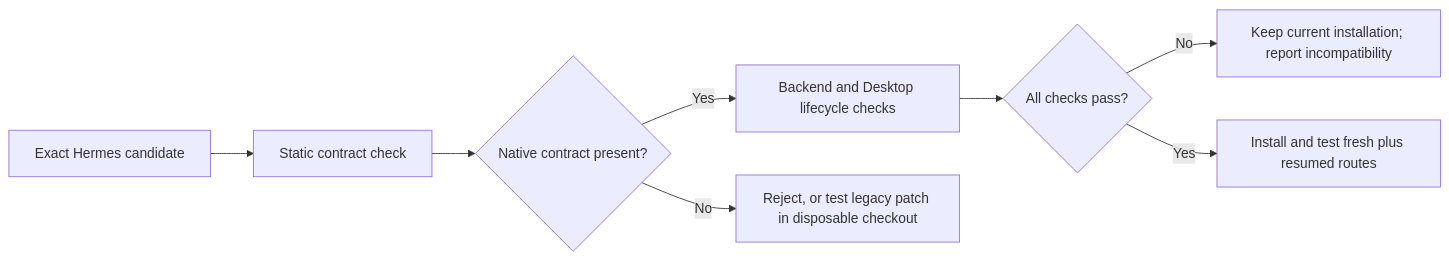
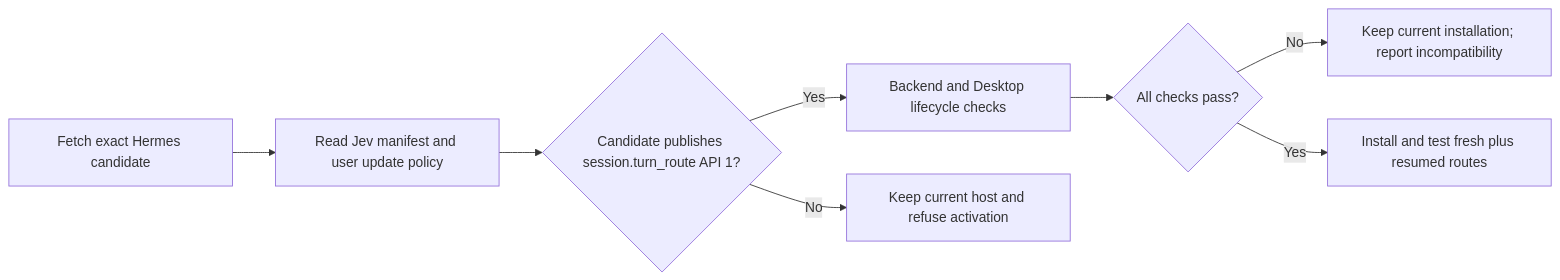
One commit to PraveenKumarSridhar/jevgauge changed the diagram in docs/update-compatibility.md. Above: the diagram before and after it, drawn with Mermaid. The commit also changed other lines of this file and 5 other files, not shown here.

````diff
--- a/docs/update-compatibility.md
+++ b/docs/update-compatibility.md
@@ -5,10 +7,10 @@
 ```mermaid
 flowchart LR
-    A[Exact Hermes candidate] --> B[Static contract check]
-    B --> C{Native contract present?}
+    A[Fetch exact Hermes candidate] --> B[Read Jev manifest and user update policy]
+    B --> C{Candidate publishes session.turn_route API 1?}
     C -- Yes --> D[Backend and Desktop lifecycle checks]
-    C -- No --> E[Reject, or test legacy patch in disposable checkout]
+    C -- No --> E[Keep current host and refuse activation]
     D --> F{All checks pass?}
     F -- No --> G[Keep current installation; report incompatibility]
     F -- Yes --> H[Install and test fresh plus resumed routes]
 ```
````
